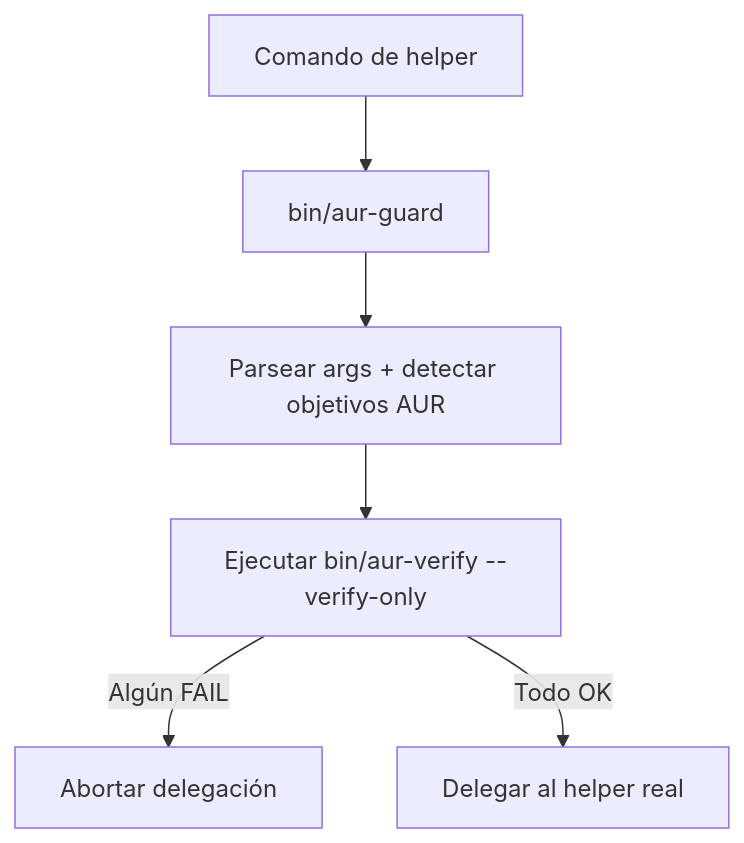
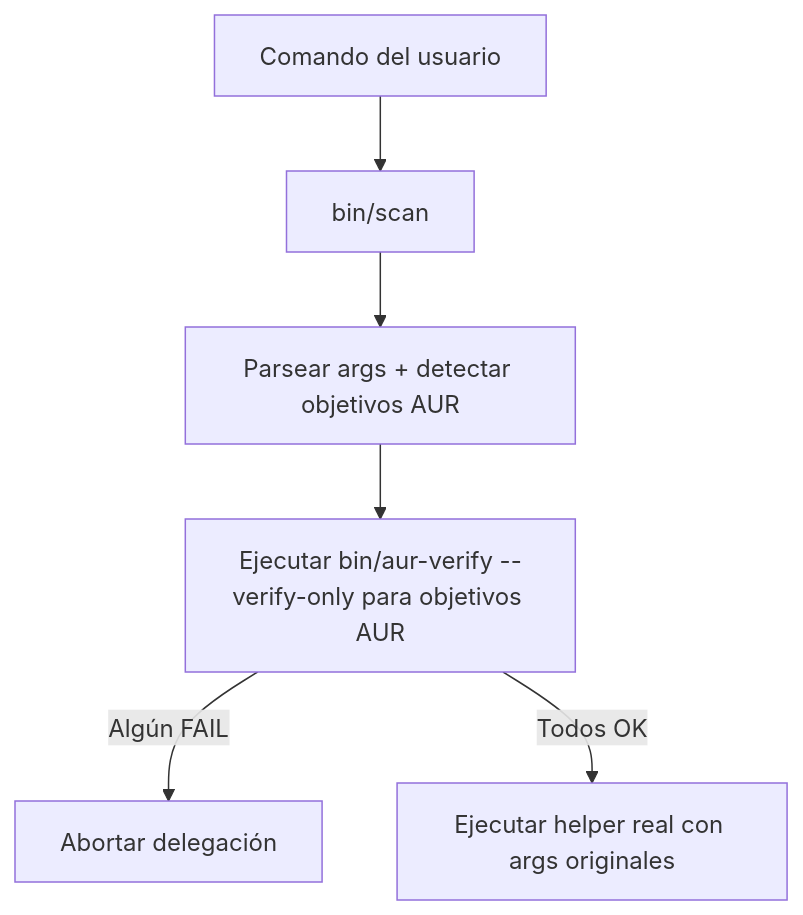
Diagram 14 of 15 in docs/developer/README.dev.es.md (LuigiD5555/aur_scanner), drawn with Mermaid before and after one commit. The commit also changed other lines of this file and 1 other file, not shown here.

Commit message:
Expand developer docs with scan wrapper and shim workflow

````diff
--- a/docs/developer/README.dev.es.md
+++ b/docs/developer/README.dev.es.md
@@ -677,8 +952,8 @@
 ```mermaid
 flowchart TD
-    UserCmd[Comando de helper] --> Guard[bin/aur-guard]
+    UserCmd[Comando del usuario] --> Guard[bin/scan]
     Guard --> Parse[Parsear args + detectar objetivos AUR]
-    Parse --> Verify[Ejecutar bin/aur-verify --verify-only]
+    Parse --> Verify[Ejecutar bin/aur-verify --verify-only para objetivos AUR]
     Verify -->|Algún FAIL| Abort[Abortar delegación]
-    Verify -->|Todo OK| Delegate[Delegar al helper real]
+    Verify -->|Todos OK| Delegate[Ejecutar helper real con args originales]
 ```
````
